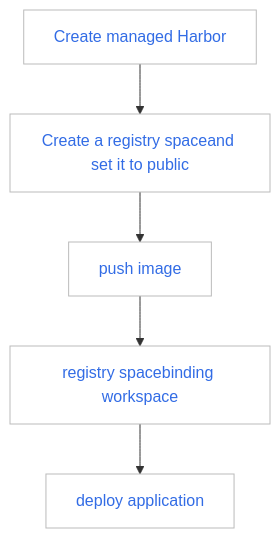
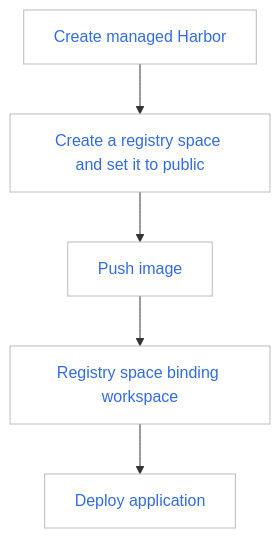
The second of 2 diagrams in docs/en/docs/kangaroo/quickstart/admin-registry.md (DaoCloud/DaoCloud-docs), drawn with Mermaid before and after one commit. The commit also changed other lines of this file and 10 other files, not shown here.

````diff
--- a/docs/en/docs/kangaroo/quickstart/admin-registry.md
+++ b/docs/en/docs/kangaroo/quickstart/admin-registry.md
@@ -63,20 +60,20 @@
-    ```mermaid
-    graph TB
+```mermaid
+graph TB
 
-    create[Create managed Harbor] --> setpublic[Create a registry spaceand set it to public]
-    --> push[push image]
-    --> bind[registry spacebinding workspace]
-    --> deploy[deploy application]
+create[Create managed Harbor] --> setpublic[Create a registry space and set it to public]
+--> push[Push image]
+--> bind[Registry space binding workspace]
+--> deploy[Deploy application]
 
-    classDef plain fill:#ddd,stroke:#fff,stroke-width:1px,color:#000;
-    classDef k8s fill:#326ce5,stroke:#fff,stroke-width:1px,color:#fff;
-    classDef cluster fill:#fff,stroke:#bbb,stroke-width:1px,color:#326ce5;
+classDef plain fill:#ddd,stroke:#fff,stroke-width:1px,color:#000;
+classDef k8s fill:#326ce5,stroke:#fff,stroke-width:1px,color:#fff;
+classDef cluster fill:#fff,stroke:#bbb,stroke-width:1px,color:#326ce5;
 
-    class create,setpublic,push,bind,deploy cluster;
+class create,setpublic,push,bind,deploy cluster;
 
-    click create "https://docs.daocloud.io/en/kangaroo/hosted/"
-    click setpublic "https://docs.daocloud.io/en/kangaroo/create-registry/"
-    click push "https://docs.daocloud.io/en/kangaroo/quickstart/push/"
-    click bind "https://docs.daocloud.io/en/kangaroo/bind-to-ws/"
-    click deploy "https://docs.daocloud.io/kpanda/user-guide/workloads/create-deployment/"
-    ```
+click create "https://docs.daocloud.io/en/kangaroo/hosted/"
+click setpublic "https://docs.daocloud.io/en/kangaroo/create-registry/"
+click push "https://docs.daocloud.io/en/kangaroo/quickstart/push/"
+click bind "https://docs.daocloud.io/en/kangaroo/bind-to-ws/"
+click deploy "https://docs.daocloud.io/kpanda/user-guide/workloads/create-deployment/"
+```
````
